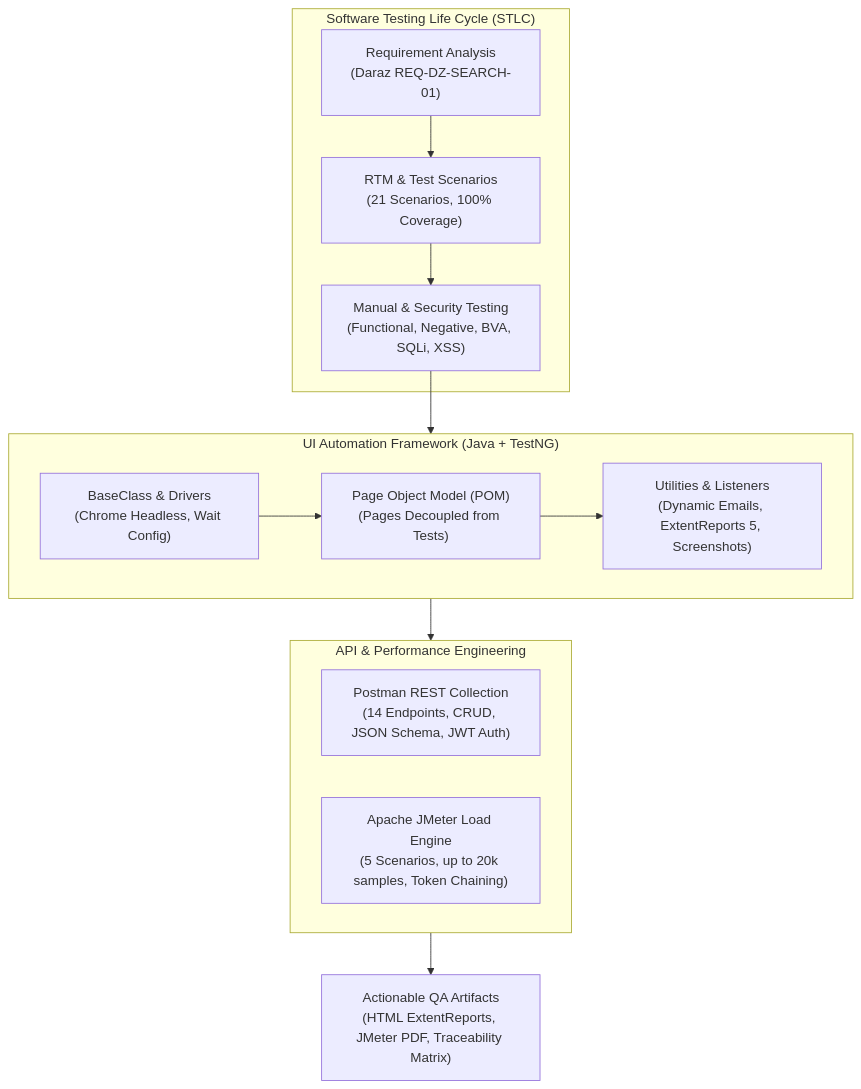
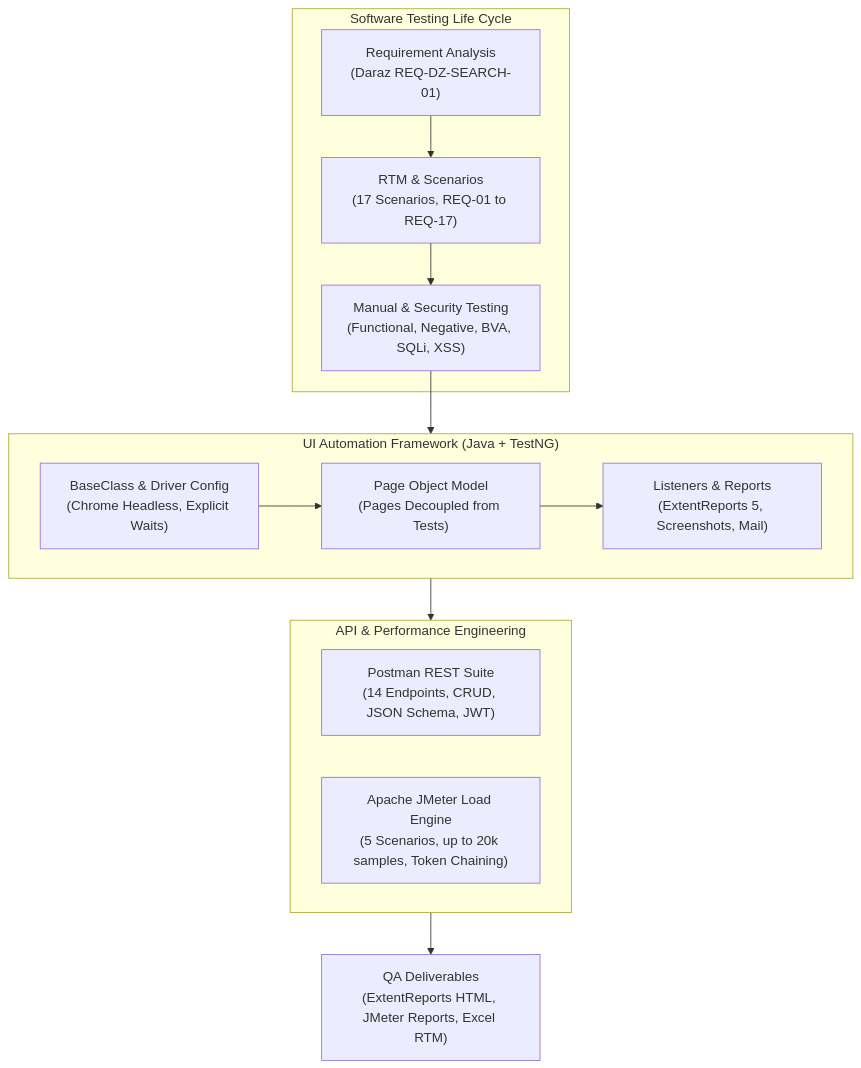
One commit to prasanga73/QA-Portfolio changed the diagram in README.md. Above: the diagram before and after it, drawn with Mermaid. The commit also changed other lines of this file and 4 other files, not shown here.

````diff
--- a/README.md
+++ b/README.md
@@ -42,23 +43,21 @@
 ```mermaid
 flowchart TD
-    subgraph STLC["Software Testing Life Cycle (STLC)"]
-        REQ["Requirement Analysis<br/>(Daraz REQ-DZ-SEARCH-01)"] --> RTM["RTM & Test Scenarios<br/>(21 Scenarios, 100% Coverage)"]
+    subgraph STLC["Software Testing Life Cycle"]
+        REQ["Requirement Analysis<br/>(Daraz REQ-DZ-SEARCH-01)"] --> RTM["RTM & Scenarios<br/>(17 Scenarios, REQ-01 to REQ-17)"]
         RTM --> MANUAL["Manual & Security Testing<br/>(Functional, Negative, BVA, SQLi, XSS)"]
     end
 
     subgraph AUTOMATION["UI Automation Framework (Java + TestNG)"]
-        POM["Page Object Model (POM)<br/>(Pages Decoupled from Tests)"]
-        BASE["BaseClass & Drivers<br/>(Chrome Headless, Wait Config)"]
-        UTIL["Utilities & Listeners<br/>(Dynamic Emails, ExtentReports 5, Screenshots)"]
-        BASE --> POM --> UTIL
+        BASE["BaseClass & Driver Config<br/>(Chrome Headless, Explicit Waits)"] --> POM["Page Object Model<br/>(Pages Decoupled from Tests)"]
+        POM --> UTIL["Listeners & Reports<br/>(ExtentReports 5, Screenshots, Mail)"]
     end
 
     subgraph API_PERF["API & Performance Engineering"]
-        POSTMAN["Postman REST Collection<br/>(14 Endpoints, CRUD, JSON Schema, JWT Auth)"]
+        POSTMAN["Postman REST Suite<br/>(14 Endpoints, CRUD, JSON Schema, JWT)"]
         JMETER["Apache JMeter Load Engine<br/>(5 Scenarios, up to 20k samples, Token Chaining)"]
     end
 
     MANUAL --> AUTOMATION
     AUTOMATION --> API_PERF
-    API_PERF --> REPORT["Actionable QA Artifacts<br/>(HTML ExtentReports, JMeter PDF, Traceability Matrix)"]
+    API_PERF --> REPORT["QA Deliverables<br/>(ExtentReports HTML, JMeter Reports, Excel RTM)"]
 ```
````
